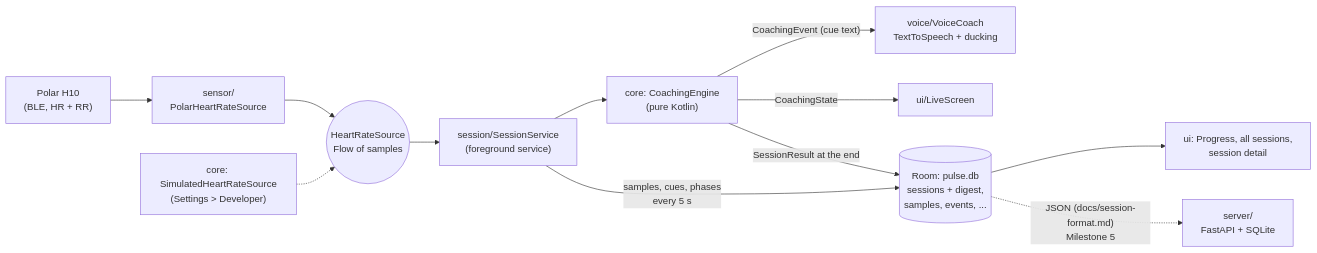
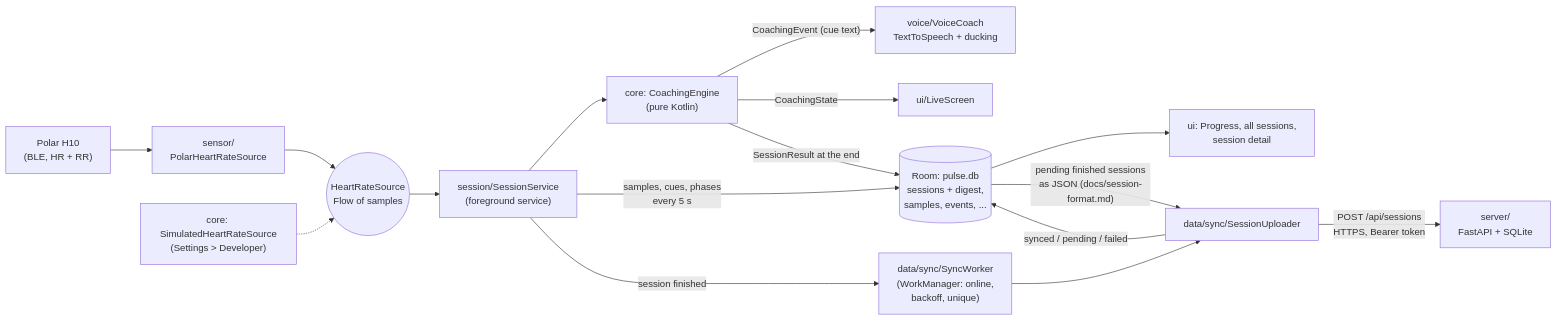
The diagram in ARCHITECTURE.md (H44K0N/pulse), drawn with Mermaid before and after one commit. The commit also changed other lines of this file and 42 other files, not shown here.

First line of the commit message:
M5: sync finished sessions to the server (#8)

````diff
--- a/ARCHITECTURE.md
+++ b/ARCHITECTURE.md
@@ -9,14 +9,18 @@
 ```mermaid
 flowchart LR
     strap["Polar H10<br/>(BLE, HR + RR)"] --> polar["sensor/<br/>PolarHeartRateSource"]
     sim["core: SimulatedHeartRateSource<br/>(Settings > Developer)"] -.-> source
     polar --> source(("HeartRateSource<br/>Flow of samples"))
     source --> service["session/SessionService<br/>(foreground service)"]
     service --> engine["core: CoachingEngine<br/>(pure Kotlin)"]
     engine -- "CoachingEvent (cue text)" --> voice["voice/VoiceCoach<br/>TextToSpeech + ducking"]
     engine -- "CoachingState" --> live["ui/LiveScreen"]
     service -- "samples, cues, phases<br/>every 5 s" --> room[("Room: pulse.db<br/>sessions + digest,<br/>samples, events, ...")]
     engine -- "SessionResult at the end" --> room
     room --> history["ui: Progress, all sessions,<br/>session detail"]
-    room -. "JSON (docs/session-format.md)<br/>Milestone 5" .-> server["server/<br/>FastAPI + SQLite"]
+    service -- "session finished" --> work["data/sync/SyncWorker<br/>(WorkManager: online,<br/>backoff, unique)"]
+    room -- "pending finished sessions<br/>as JSON (docs/session-format.md)" --> uploader["data/sync/SessionUploader"]
+    work --> uploader
+    uploader -- "POST /api/sessions<br/>HTTPS, Bearer token" --> server["server/<br/>FastAPI + SQLite"]
+    uploader -- "synced / pending / failed" --> room
 ```
````
